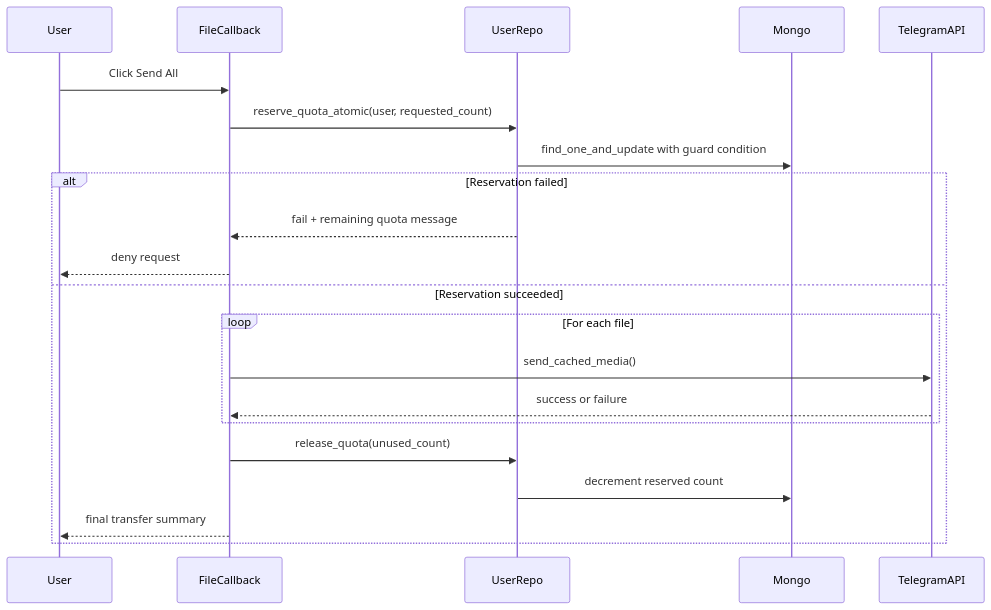
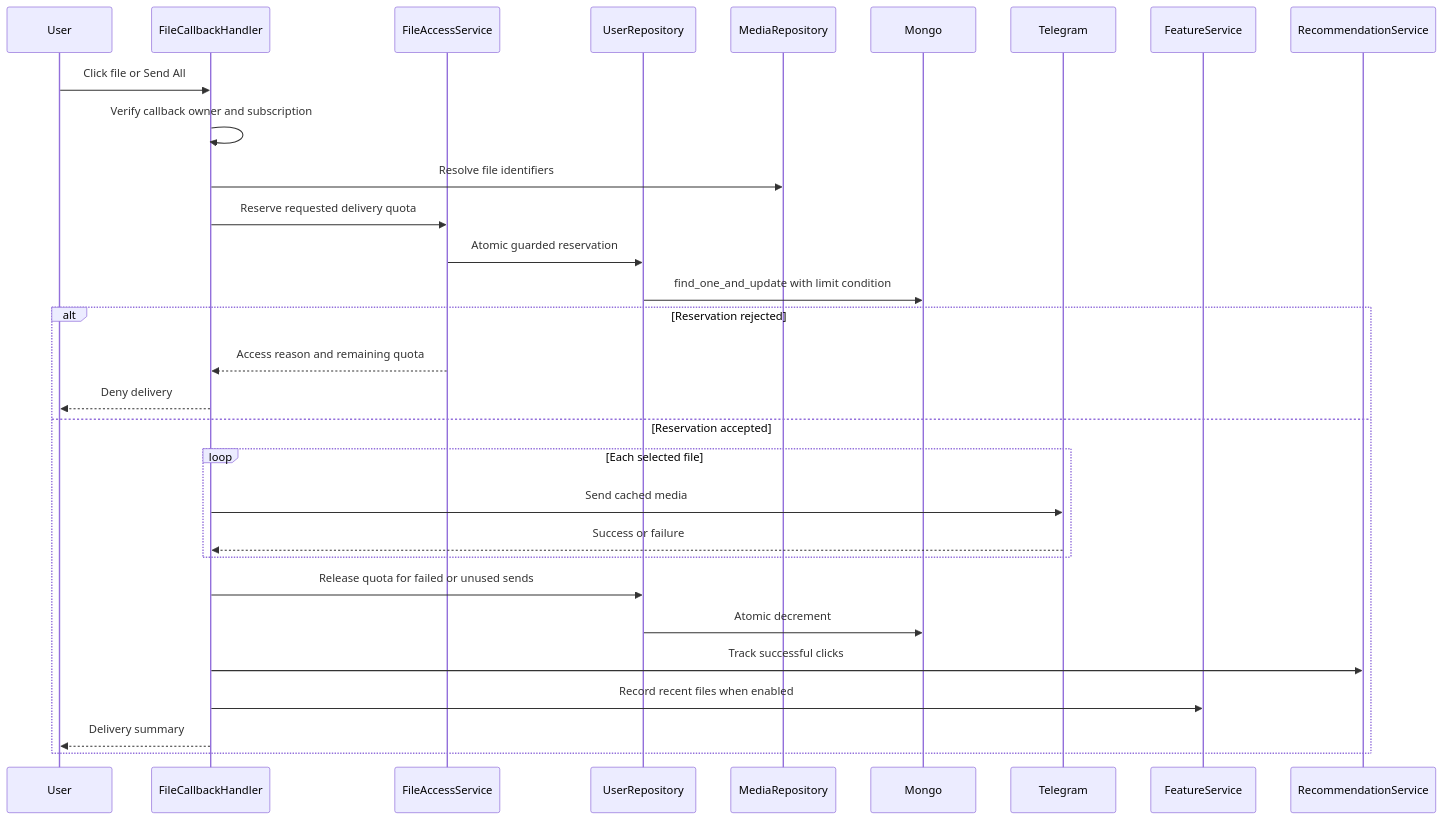
Before and after one commit to rumalg123/Advanced-File-Filter-Bot: the fifth of 13 diagrams in docs/architecture/diagrams.md, drawn with Mermaid. The commit also changed other lines of this file and 63 other files, not shown here.

````diff
--- a/docs/architecture/diagrams.md
+++ b/docs/architecture/diagrams.md
@@ -138,26 +183,33 @@
 ```mermaid
 sequenceDiagram
     participant User
-    participant FileCallback
-    participant UserRepo
+    participant Callback as FileCallbackHandler
+    participant Access as FileAccessService
+    participant UserRepo as UserRepository
+    participant Media as MediaRepository
     participant Mongo
-    participant TelegramAPI
+    participant Telegram
+    participant Feature as FeatureService
+    participant Recs as RecommendationService
 
-    User->>FileCallback: Click Send All
-    FileCallback->>UserRepo: reserve_quota_atomic(user, requested_count)
-    UserRepo->>Mongo: find_one_and_update with guard condition
-
-    alt Reservation failed
-        UserRepo-->>FileCallback: fail + remaining quota message
-        FileCallback-->>User: deny request
-    else Reservation succeeded
-        loop For each file
-            FileCallback->>TelegramAPI: send_cached_media()
-            TelegramAPI-->>FileCallback: success or failure
+    User->>Callback: Click file or Send All
+    Callback->>Callback: Verify callback owner and subscription
+    Callback->>Media: Resolve file identifiers
+    Callback->>Access: Reserve requested delivery quota
+    Access->>UserRepo: Atomic guarded reservation
+    UserRepo->>Mongo: find_one_and_update with limit condition
+    alt Reservation rejected
+        Access-->>Callback: Access reason and remaining quota
+        Callback-->>User: Deny delivery
+    else Reservation accepted
+        loop Each selected file
+            Callback->>Telegram: Send cached media
+            Telegram-->>Callback: Success or failure
         end
-
-        FileCallback->>UserRepo: release_quota(unused_count)
-        UserRepo->>Mongo: decrement reserved count
-        FileCallback-->>User: final transfer summary
+        Callback->>UserRepo: Release quota for failed or unused sends
+        UserRepo->>Mongo: Atomic decrement
+        Callback->>Recs: Track successful clicks
+        Callback->>Feature: Record recent files when enabled
+        Callback-->>User: Delivery summary
     end
 ```
````
